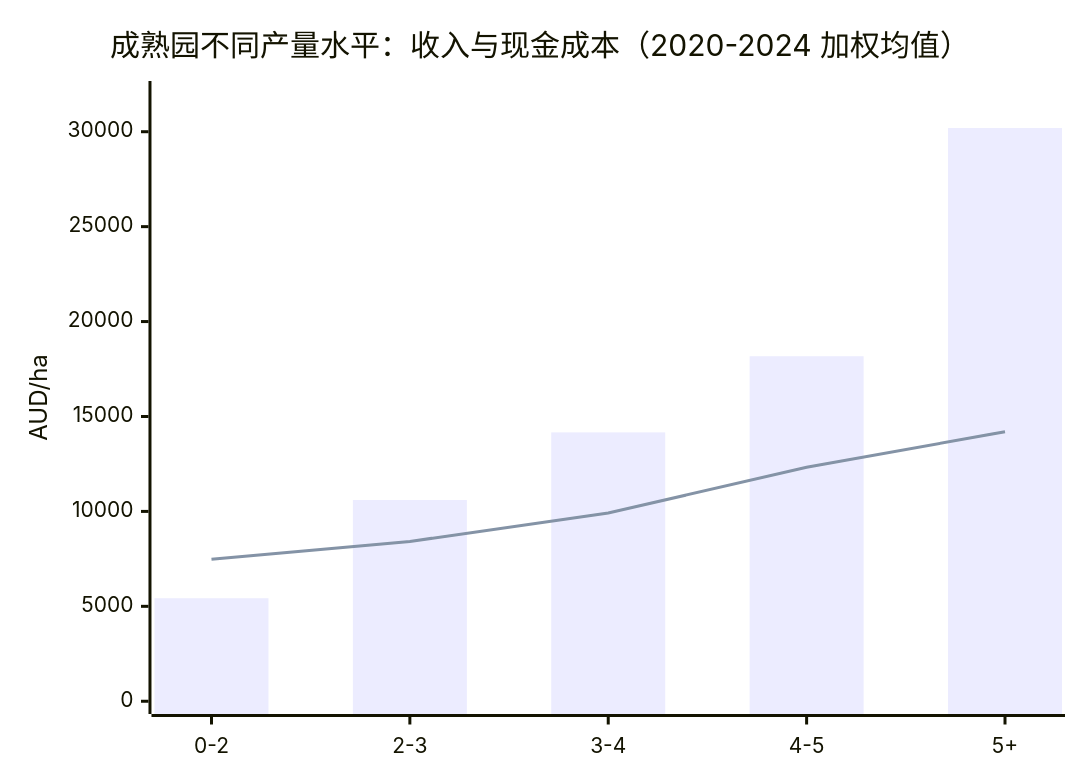
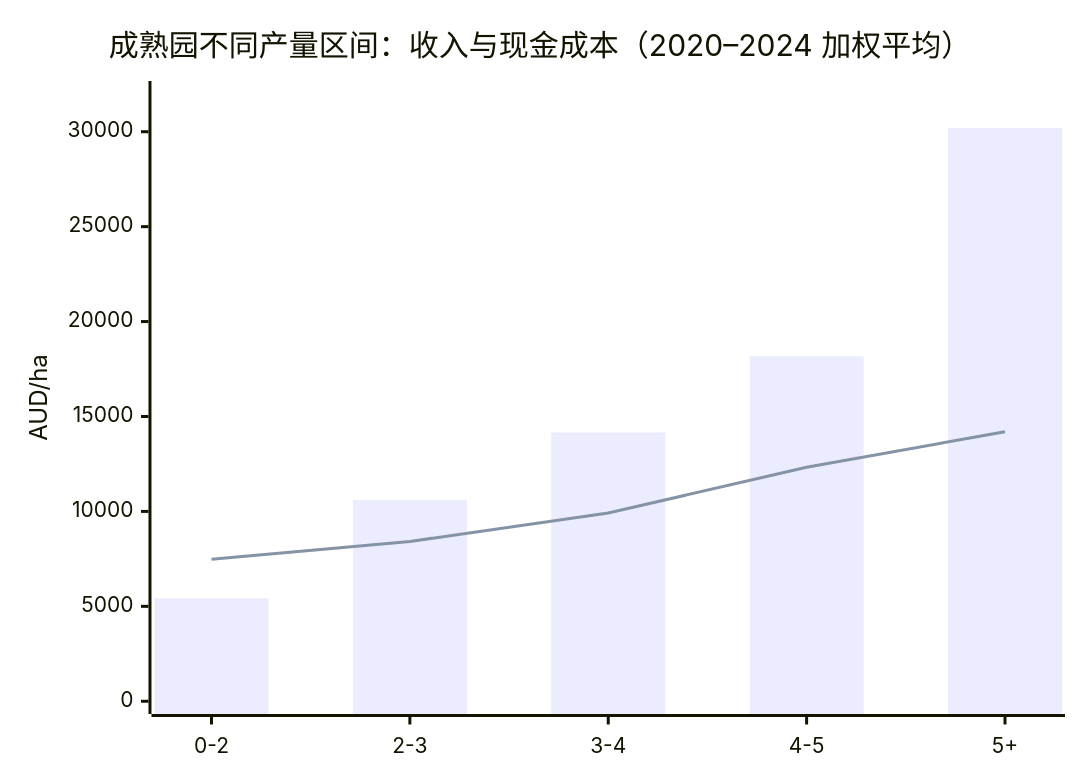
Before and after one commit to maxstillwell/obsidian: the second of 2 diagrams in 20_Knowledge/澳洲坚果/夏威夷果行业.md, drawn with Mermaid. The commit also changed other lines of this file and 1 other file, not shown here.

````diff
--- a/20_Knowledge/澳洲坚果/夏威夷果行业.md
+++ b/20_Knowledge/澳洲坚果/夏威夷果行业.md
@@ -130,8 +138,8 @@
 ```mermaid
 xychart-beta
-  title "成熟园不同产量水平：收入与现金成本（2020-2024 加权均值）"
+  title "成熟园不同产量区间：收入与现金成本（2020–2024 加权平均）"
   x-axis ["0-2", "2-3", "3-4", "4-5", "5+"]
   y-axis "AUD/ha" 0 --> 32000
   bar [5427, 10602, 14162, 18174, 30195]
   line [7477, 8417, 9917, 12322, 14201]
 ```
````
